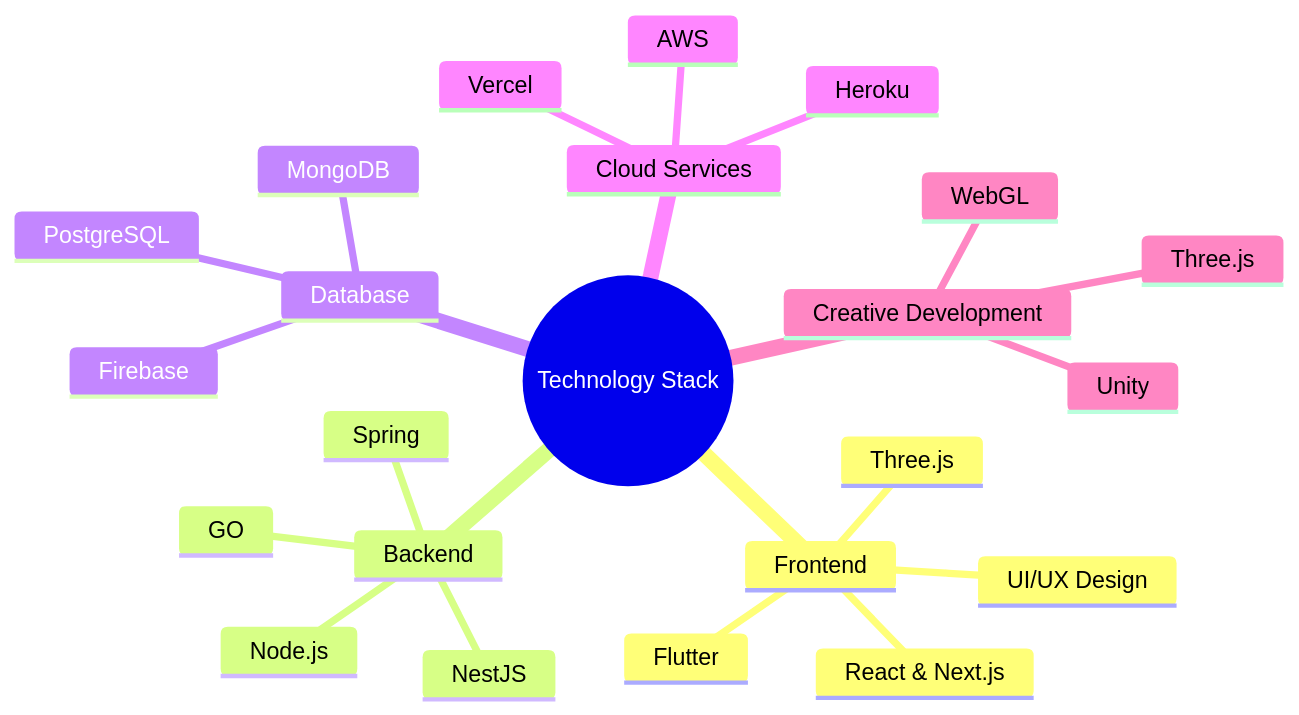
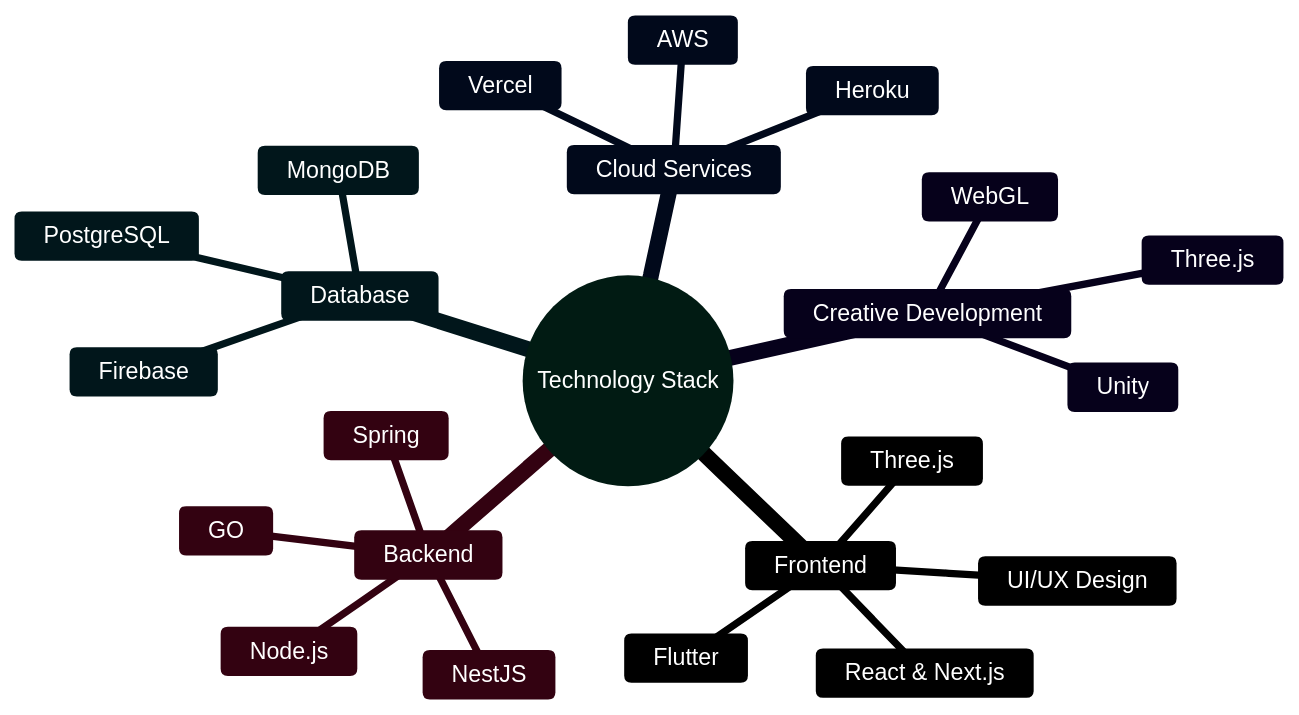
The diagram in README.md (aminofabian/aminofabian-app), drawn with Mermaid before and after one commit. The commit also changed other lines of this file, not shown here.

````diff
--- a/README.md
+++ b/README.md
@@ -43,26 +46,27 @@
 ```mermaid
+%%{init: {'theme': 'base', 'themeVariables': { 'primaryColor': '#059669', 'primaryTextColor': '#fff', 'primaryBorderColor': '#047857', 'lineColor': '#059669', 'secondaryColor': '#047857'}}}%%
 mindmap
   root((Technology Stack))
     Frontend
       React & Next.js
       Three.js
       Flutter
       UI/UX Design
     Backend
       Node.js
       NestJS
       GO
       Spring
     Database
       MongoDB
       PostgreSQL
       Firebase
     Cloud Services
       AWS
       Heroku
       Vercel
     Creative Development
       Three.js
       Unity
       WebGL
 ```
````
